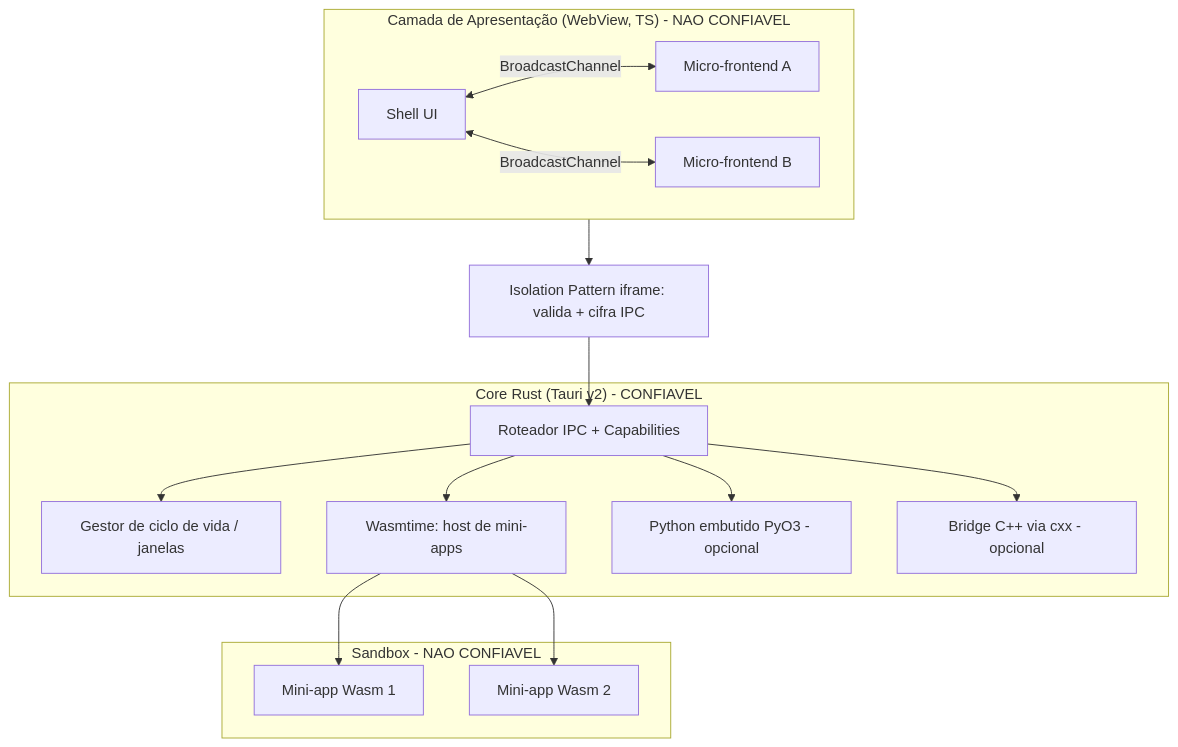
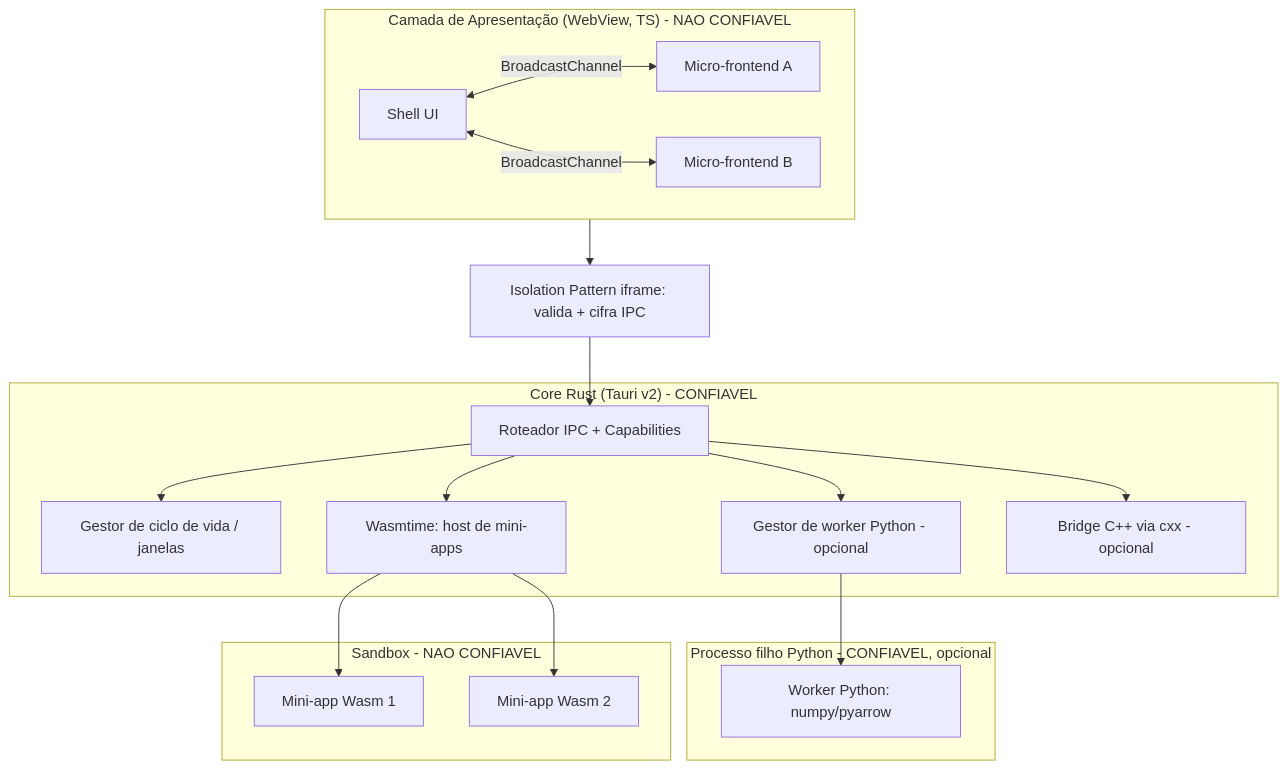
Before and after one commit to luizhslima/superapp: the diagram in docs/plan/01-architecture-overview.md, drawn with Mermaid. The commit also changed other lines of this file and 8 other files, not shown here.

Commit message:
docs: update architecture, backlog and ADR statuses with Phase 0 spike results

````diff
--- a/docs/plan/01-architecture-overview.md
+++ b/docs/plan/01-architecture-overview.md
@@ -7,28 +7,31 @@
 ```mermaid
 flowchart TB
   subgraph UI["Camada de Apresentação (WebView, TS) - NAO CONFIAVEL"]
     S[Shell UI]
     MF1[Micro-frontend A]
     MF2[Micro-frontend B]
     S <-->|BroadcastChannel| MF1
     S <-->|BroadcastChannel| MF2
   end
   ISO[Isolation Pattern iframe: valida + cifra IPC]
   subgraph CORE["Core Rust (Tauri v2) - CONFIAVEL"]
     IPC[Roteador IPC + Capabilities]
     LIFE[Gestor de ciclo de vida / janelas]
     WASM[Wasmtime: host de mini-apps]
-    PY[Python embutido PyO3 - opcional]
+    PY[Gestor de worker Python - opcional]
     CXX[Bridge C++ via cxx - opcional]
+  end
+  subgraph PYP["Processo filho Python - CONFIAVEL, opcional"]
+    PYW[Worker Python: numpy/pyarrow]
   end
   subgraph SBX["Sandbox - NAO CONFIAVEL"]
     M1[Mini-app Wasm 1]
     M2[Mini-app Wasm 2]
   end
   UI --> ISO --> IPC
   IPC --> LIFE
   IPC --> WASM --> M1
   WASM --> M2
-  IPC --> PY
+  IPC --> PY --> PYW
   IPC --> CXX
 ```
````
